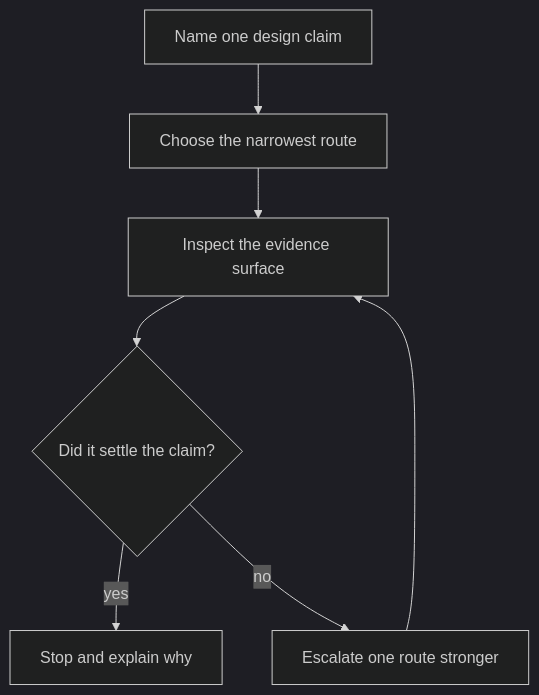
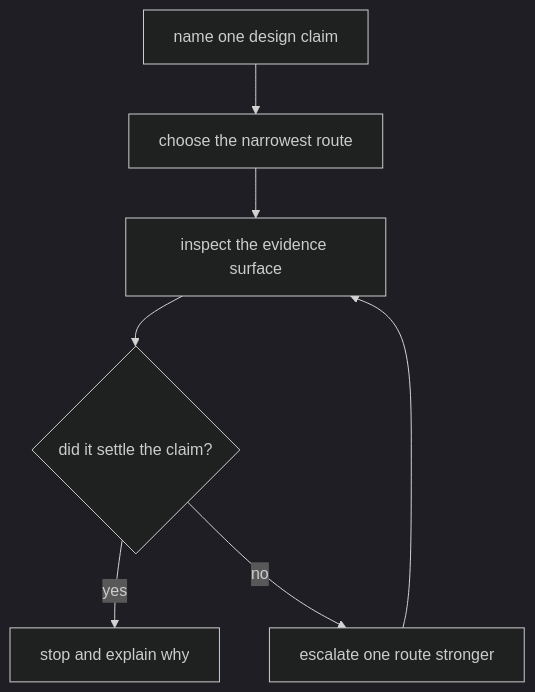
Before and after one commit to bijux/bijux-masterclass: the diagram in programs/reproducible-research/deep-dive-snakemake/course-book/capstone/capstone-proof-guide.md, drawn with Mermaid (dark theme). The commit also changed other lines of this file and 2 other files, not shown here.

Commit message:
docs(snakemake): strengthen proof route guidance

````diff
--- a/programs/reproducible-research/deep-dive-snakemake/course-book/capstone/capstone-proof-guide.md
+++ b/programs/reproducible-research/deep-dive-snakemake/course-book/capstone/capstone-proof-guide.md
@@ -40,9 +50,9 @@
 ```mermaid
 flowchart TD
-  claim["Name one design claim"] --> route["Choose the narrowest route"]
-  route --> inspect["Inspect the evidence surface"]
-  inspect --> enough{"Did it settle the claim?"}
-  enough -- yes --> stop["Stop and explain why"]
-  enough -- no --> stronger["Escalate one route stronger"]
+  claim["name one design claim"] --> route["choose the narrowest route"]
+  route --> inspect["inspect the evidence surface"]
+  inspect --> enough{"did it settle the claim?"}
+  enough -- yes --> stop["stop and explain why"]
+  enough -- no --> stronger["escalate one route stronger"]
   stronger --> inspect
 ```
````
